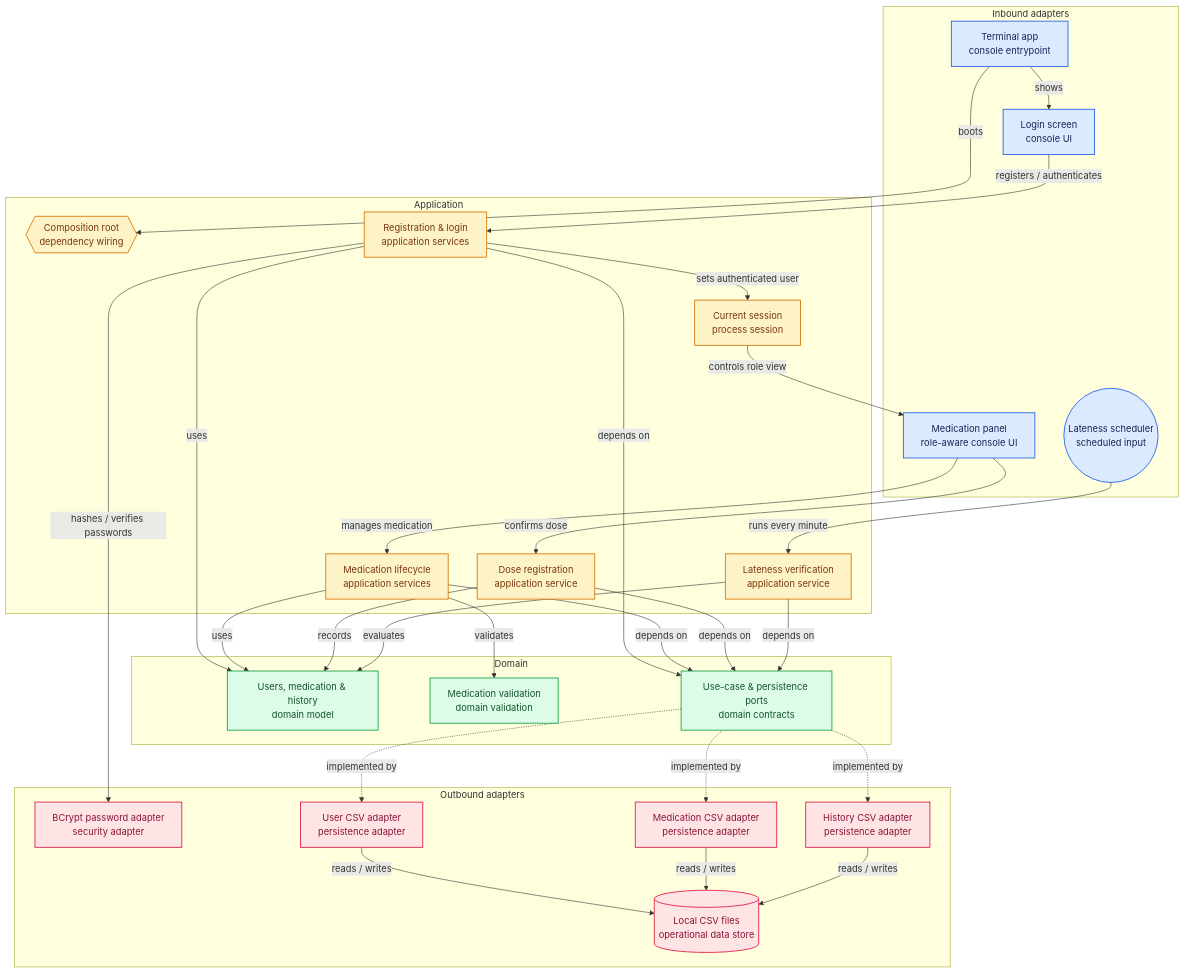
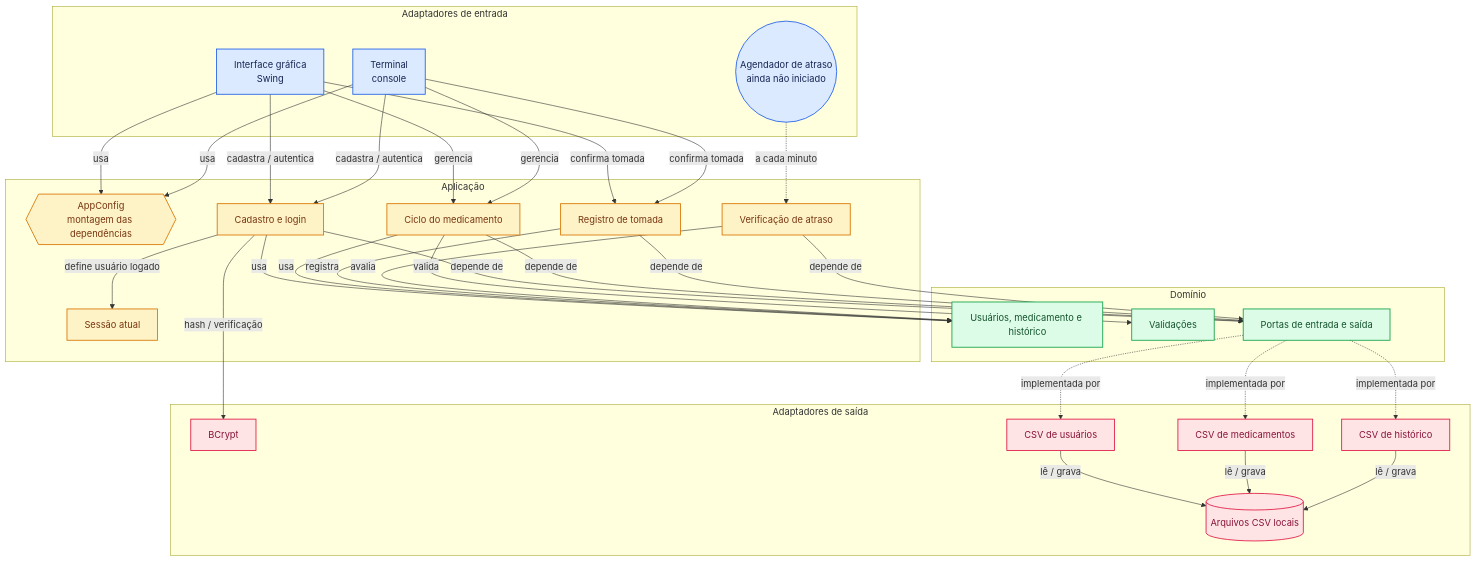
One commit to GilvanPedro/Sistema_de_Acompanhamento_de_Medicamentos changed the diagram in README.md. Above: the diagram before and after it, drawn with Mermaid. The commit also changed other lines of this file, not shown here.

````diff
--- a/README.md
+++ b/README.md
@@ -117,70 +138,68 @@
 ```mermaid
 flowchart TD
 
-subgraph group_inbound["Inbound adapters"]
-  node_terminal["Terminal app<br/>console entrypoint"]
-  node_login_ui["Login screen<br/>console UI"]
-  node_medication_panel["Medication panel<br/>role-aware console UI"]
-  node_lateness_scheduler(("Lateness scheduler<br/>scheduled input"))
+subgraph group_inbound["Adaptadores de entrada"]
+  node_gui["Interface gráfica<br/>Swing"]
+  node_terminal["Terminal<br/>console"]
+  node_lateness_scheduler(("Agendador de atraso<br/>ainda não iniciado"))
 end
 
-subgraph group_application["Application"]
-  node_app_config{{"Composition root<br/>dependency wiring"}}
-  node_user_access["Registration &amp; login<br/>application services"]
-  node_medication_lifecycle["Medication lifecycle<br/>application services"]
-  node_dose_history["Dose registration<br/>application service"]
-  node_lateness_check["Lateness verification<br/>application service"]
-  node_session["Current session<br/>process session"]
+subgraph group_application["Aplicação"]
+  node_app_config{{"AppConfig<br/>montagem das dependências"}}
+  node_user_access["Cadastro e login"]
+  node_medication_lifecycle["Ciclo do medicamento"]
+  node_dose_history["Registro de tomada"]
+  node_lateness_check["Verificação de atraso"]
+  node_session["Sessão atual"]
 end
 
-subgraph group_domain["Domain"]
-  node_domain_model["Users, medication &amp; history<br/>domain model"]
-  node_medication_validation["Medication validation<br/>domain validation"]
-  node_ports["Use-case &amp; persistence ports<br/>domain contracts"]
+subgraph group_domain["Domínio"]
+  node_domain_model["Usuários, medicamento e histórico"]
+  node_medication_validation["Validações"]
+  node_ports["Portas de entrada e saída"]
 end
 
-subgraph group_outbound["Outbound adapters"]
-  node_password_crypto["BCrypt password adapter<br/>security adapter"]
-  node_user_csv["User CSV adapter<br/>persistence adapter"]
-  node_medication_csv["Medication CSV adapter<br/>persistence adapter"]
-  node_history_csv["History CSV adapter<br/>persistence adapter"]
-  node_csv_files[("Local CSV files<br/>operational data store")]
+subgraph group_outbound["Adaptadores de saída"]
+  node_password_crypto["BCrypt"]
+  node_user_csv["CSV de usuários"]
+  node_medication_csv["CSV de medicamentos"]
+  node_history_csv["CSV de histórico"]
+  node_csv_files[("Arquivos CSV locais")]
 end
 
-node_terminal -->|"boots"| node_app_config
-node_terminal -->|"shows"| node_login_ui
-node_login_ui -->|"registers / authenticates"| node_user_access
-node_user_access -->|"sets authenticated user"| node_session
-node_session -->|"controls role view"| node_medication_panel
-node_medication_panel -->|"manages medication"| node_medication_lifecycle
-node_medication_panel -->|"confirms dose"| node_dose_history
-node_lateness_scheduler -->|"runs every minute"| node_lateness_check
-node_user_access -->|"depends on"| node_ports
-node_medication_lifecycle -->|"depends on"| node_ports
-node_dose_history -->|"depends on"| node_ports
-node_lateness_check -->|"depends on"| node_ports
-node_medication_lifecycle -->|"validates"| node_medication_validation
-node_user_access -->|"hashes / verifies passwords"| node_password_crypto
-node_ports -.->|"implemented by"| node_user_csv
-node_ports -.->|"implemented by"| node_medication_csv
-node_ports -.->|"implemented by"| node_history_csv
-node_user_csv -->|"reads / writes"| node_csv_files
-node_medication_csv -->|"reads / writes"| node_csv_files
-node_history_csv -->|"reads / writes"| node_csv_files
-node_user_access -->|"uses"| node_domain_model
-node_medication_lifecycle -->|"uses"| node_domain_model
-node_dose_history -->|"records"| node_domain_model
-node_lateness_check -->|"evaluates"| node_domain_model
+node_gui -->|"usa"| node_app_config
+node_terminal -->|"usa"| node_app_config
+node_gui -->|"cadastra / autentica"| node_user_access
+node_terminal -->|"cadastra / autentica"| node_user_access
+node_user_access -->|"define usuário logado"| node_session
+node_gui -->|"gerencia"| node_medication_lifecycle
+node_terminal -->|"gerencia"| node_medication_lifecycle
+node_gui -->|"confirma tomada"| node_dose_history
+node_terminal -->|"confirma tomada"| node_dose_history
+node_lateness_scheduler -.->|"a cada minuto"| node_lateness_check
+node_user_access -->|"depende de"| node_ports
+node_medication_lifecycle -->|"depende de"| node_ports
+node_dose_history -->|"depende de"| node_ports
+node_lateness_check -->|"depende de"| node_ports
+node_medication_lifecycle -->|"valida"| node_medication_validation
+node_user_access -->|"hash / verificação"| node_password_crypto
+node_ports -.->|"implementada por"| node_user_csv
+node_ports -.->|"implementada por"| node_medication_csv
+node_ports -.->|"implementada por"| node_history_csv
+node_user_csv -->|"lê / grava"| node_csv_files
+node_medication_csv -->|"lê / grava"| node_csv_files
+node_history_csv -->|"lê / grava"| node_csv_files
+node_user_access -->|"usa"| node_domain_model
+node_medication_lifecycle -->|"usa"| node_domain_model
+node_dose_history -->|"registra"| node_domain_model
+node_lateness_check -->|"avalia"| node_domain_model
 
-classDef toneNeutral fill:#f8fafc,stroke:#334155,stroke-width:1.5px,color:#0f172a
 classDef toneBlue fill:#dbeafe,stroke:#2563eb,stroke-width:1.5px,color:#172554
 classDef toneAmber fill:#fef3c7,stroke:#d97706,stroke-width:1.5px,color:#78350f
 classDef toneMint fill:#dcfce7,stroke:#16a34a,stroke-width:1.5px,color:#14532d
 classDef toneRose fill:#ffe4e6,stroke:#e11d48,stroke-width:1.5px,color:#881337
-classDef toneIndigo fill:#e0e7ff,stroke:#4f46e5,stroke-width:1.5px,color:#312e81
-classDef toneTeal fill:#ccfbf1,stroke:#0f766e,stroke-width:1.5px,color:#134e4a
-class node_terminal,node_login_ui,node_medication_panel,node_lateness_scheduler toneBlue
+class node_gui,node_terminal,node_lateness_scheduler toneBlue
 class node_app_config,node_user_access,node_medication_lifecycle,node_dose_history,node_lateness_check,node_session toneAmber
 class node_domain_model,node_medication_validation,node_ports toneMint
 class node_password_crypto,node_user_csv,node_medication_csv,node_history_csv,node_csv_files toneRose
 ```
````
